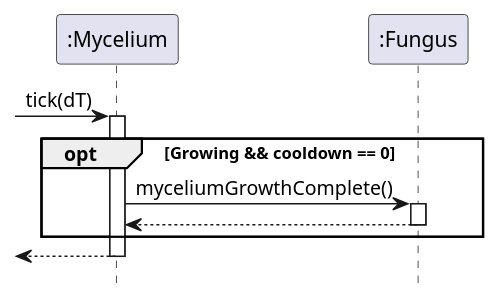
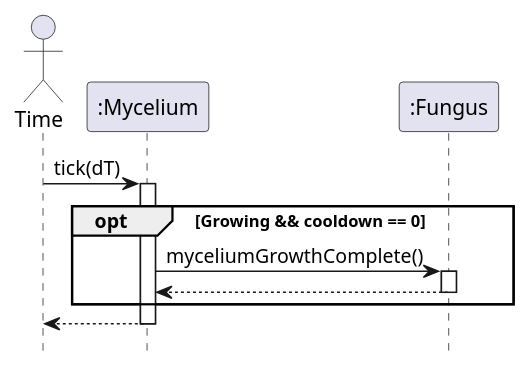
Before and after one commit to ZD4ve/projlab-error521: the diagram in Mycelium/mycelium-thickening.pu, drawn with PlantUML. The commit also changed 12 other files, not shown here.

Commit message:
removed unnecessary refs, added actors to seq diagrams

```diff
--- a/Mycelium/mycelium-thickening.pu
+++ b/Mycelium/mycelium-thickening.pu
@@ -1,19 +1,19 @@
 @startuml Mycelium/mycelium-thickening
 hide footbox
 
+actor Time
 participant ":Mycelium" as mycelium
 participant ":Fungus" as fungus
 
--> mycelium : tick(dT)
+Time -> mycelium : tick(dT)
 activate mycelium
 
 opt Growing && cooldown == 0
     mycelium -> fungus : myceliumGrowthComplete()
     activate fungus
     return
 end
 
-<-- mycelium
-deactivate mycelium
+return
 
 @enduml
```
